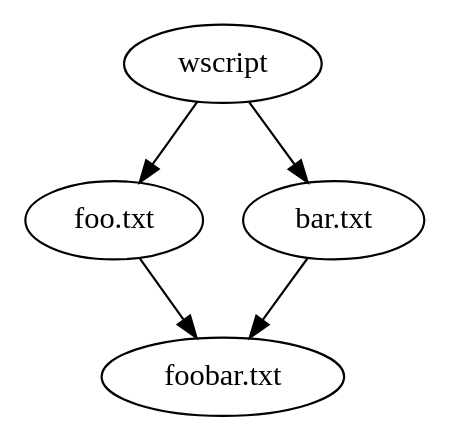
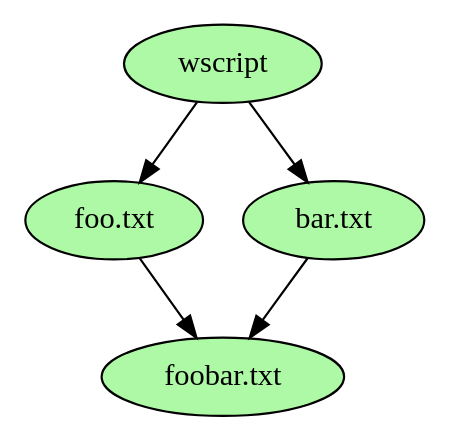
Before and after one commit to sillsdevarchive/wsiwaf: the diagram in docs/book/dag_nodes.dot, drawn with Graphviz. The commit also changed 2 other files, not shown here.

```diff
--- a/docs/book/dag_nodes.dot
+++ b/docs/book/dag_nodes.dot
@@ -1,11 +1,11 @@
 digraph G {
 
-	foo     [label="foo.txt"]
-	bar     [label="bar.txt"]
-	wscript [label="wscript"]
-	foobar  [label="foobar.txt"]
+	foo     [label="foo.txt",fillcolor="#aef9a5",style=filled]
+	bar     [label="bar.txt",fillcolor="#aef9a5",style=filled]
+	wscript [label="wscript",fillcolor="#aef9a5",style=filled]
+	foobar  [label="foobar.txt",fillcolor="#aef9a5",style=filled]
 	wscript -> foo;
 	wscript -> bar;
 	foo -> foobar;
 	bar -> foobar;
 }
```
